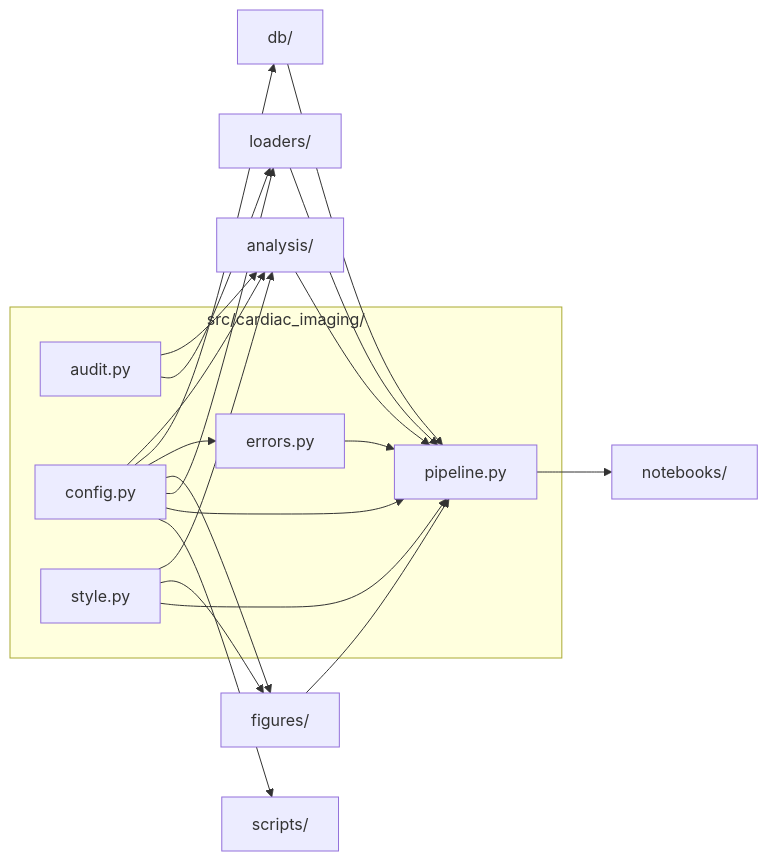
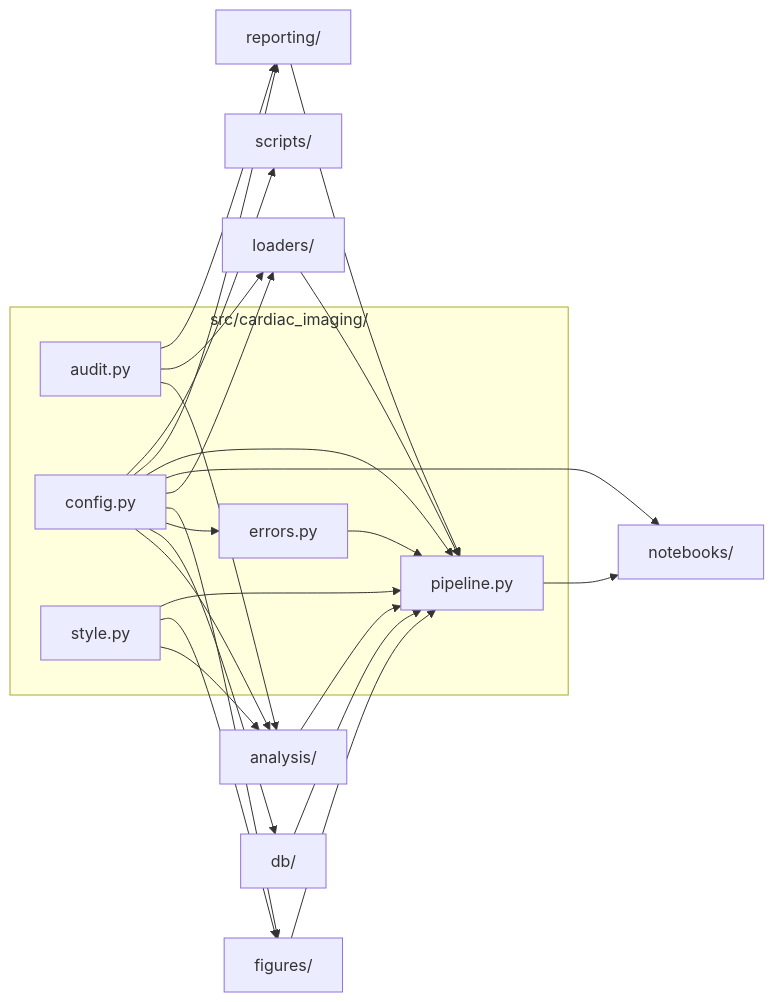
Before and after one commit to drsanjna/cardiac-imaging-medicare: the diagram in src/cardiac_imaging/README.md, drawn with Mermaid. The commit also changed other lines of this file and 23 other files, not shown here.

First line of the commit message:
Save each pipeline run to its own folder with a chart gallery and run index

````diff
--- a/src/cardiac_imaging/README.md
+++ b/src/cardiac_imaging/README.md
@@ -11,34 +11,39 @@
 ```mermaid
 flowchart LR
   subgraph here["src/cardiac_imaging/"]
     n_audit_py["audit.py"]
     n_config_py["config.py"]
     n_errors_py["errors.py"]
     n_pipeline_py["pipeline.py"]
     n_style_py["style.py"]
   end
   n_analysis_["analysis/"]
   n_db_["db/"]
   n_figures_["figures/"]
   n_loaders_["loaders/"]
   n_notebooks_["notebooks/"]
+  n_reporting_["reporting/"]
   n_scripts_["scripts/"]
   n_analysis_ --> n_pipeline_py
   n_audit_py --> n_analysis_
   n_audit_py --> n_loaders_
+  n_audit_py --> n_reporting_
   n_config_py --> n_analysis_
   n_config_py --> n_db_
   n_config_py --> n_errors_py
   n_config_py --> n_figures_
   n_config_py --> n_loaders_
+  n_config_py --> n_notebooks_
   n_config_py --> n_pipeline_py
+  n_config_py --> n_reporting_
   n_config_py --> n_scripts_
   n_db_ --> n_pipeline_py
   n_errors_py --> n_pipeline_py
   n_figures_ --> n_pipeline_py
   n_loaders_ --> n_pipeline_py
   n_pipeline_py --> n_notebooks_
+  n_reporting_ --> n_pipeline_py
   n_style_py --> n_analysis_
   n_style_py --> n_figures_
   n_style_py --> n_pipeline_py
 ```
````
